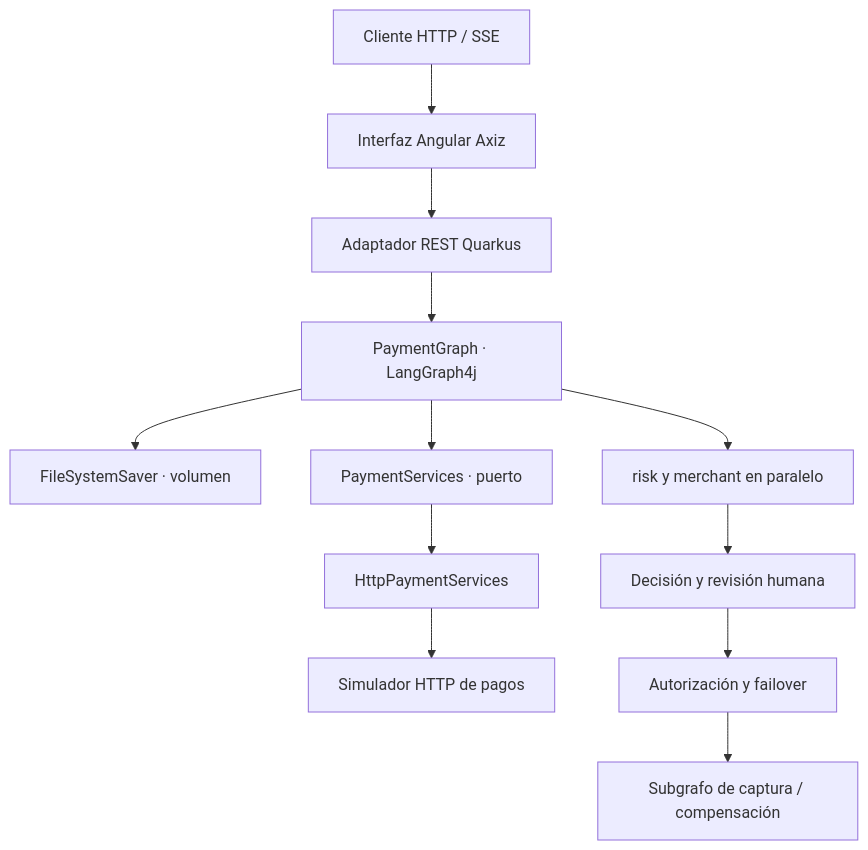
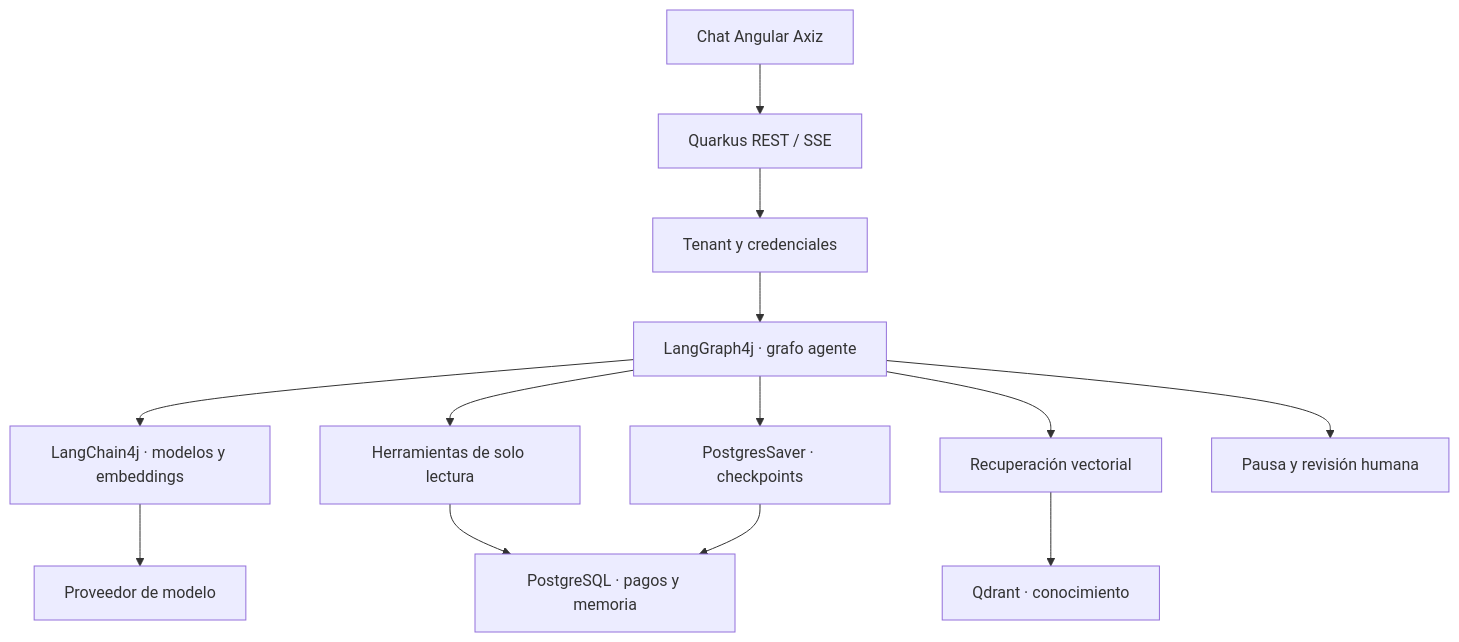
One commit to edgarrth/java-langgraph4j-quarkus changed the first of 2 diagrams in README.md. Above: the diagram before and after it, drawn with Mermaid. The commit also changed other lines of this file and 61 other files, not shown here.

Commit message:
actualizando interfaz y sse

````diff
--- a/README.md
+++ b/README.md
@@ -45,14 +70,15 @@
 ```mermaid
 flowchart TD
-  Client["Cliente HTTP / SSE"] --> UI["Interfaz Angular Axiz"]
-  UI --> API["Adaptador REST Quarkus"]
-  API --> Graph["PaymentGraph · LangGraph4j"]
-  Graph --> Store["FileSystemSaver · volumen"]
-  Graph --> Port["PaymentServices · puerto"]
-  Port --> HTTP["HttpPaymentServices"]
-  HTTP --> Simulator["Simulador HTTP de pagos"]
-  Graph --> Risk["risk y merchant en paralelo"]
-  Risk --> Decision["Decisión y revisión humana"]
-  Decision --> Auth["Autorización y failover"]
-  Auth --> Settlement["Subgrafo de captura / compensación"]
+  UI["Chat Angular Axiz"] --> API["Quarkus REST / SSE"]
+  API --> AUTH["Tenant y credenciales"]
+  AUTH --> GRAPH["LangGraph4j · grafo agente"]
+  GRAPH --> LC["LangChain4j · modelos y embeddings"]
+  LC --> MODEL["Proveedor de modelo"]
+  GRAPH --> TOOLS["Herramientas de solo lectura"]
+  TOOLS --> PG["PostgreSQL · pagos y memoria"]
+  GRAPH --> CHECK["PostgresSaver · checkpoints"]
+  CHECK --> PG
+  GRAPH --> RAG["Recuperación vectorial"]
+  RAG --> QD["Qdrant · conocimiento"]
+  GRAPH --> REVIEW["Pausa y revisión humana"]
 ```
````
